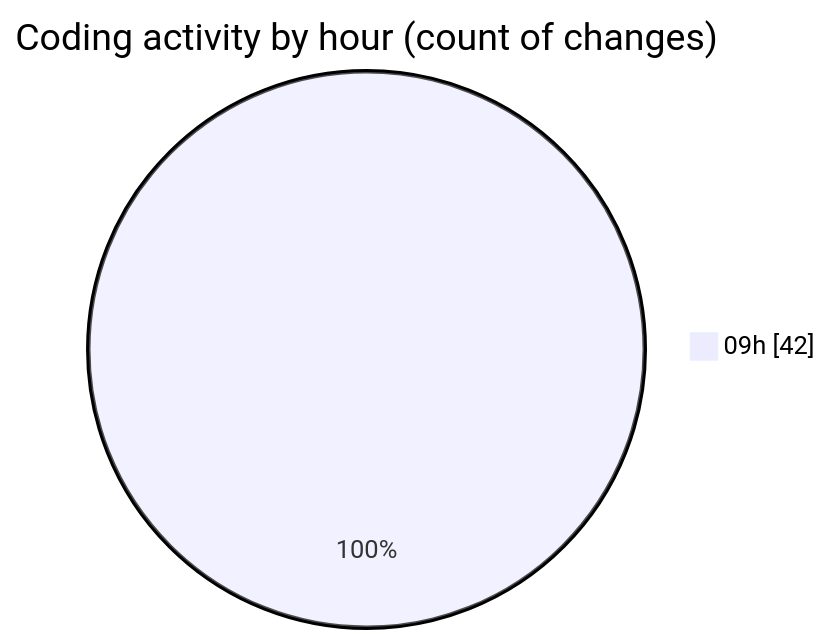
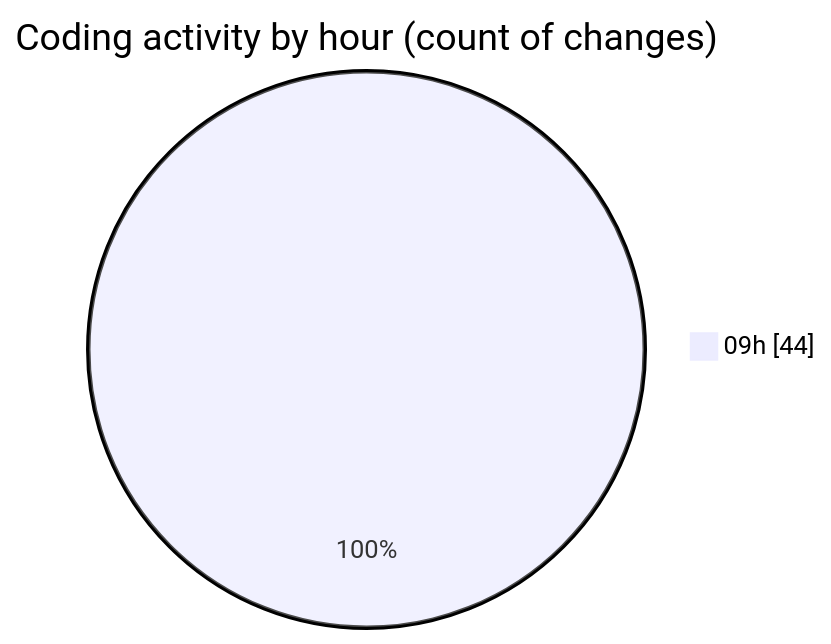
Before and after one commit to momahboobian/code-tracking: the second of 2 diagrams in 2025-03-14/cda/README.md, drawn with Mermaid. The commit also changed other lines of this file and 1 other file, not shown here.

````diff
--- a/2025-03-14/cda/README.md
+++ b/2025-03-14/cda/README.md
@@ -38,5 +38,5 @@
 ```mermaid
 pie showData
 title Coding activity by hour (count of changes)
-"09h" : 42
+"09h" : 44
 ```
````
